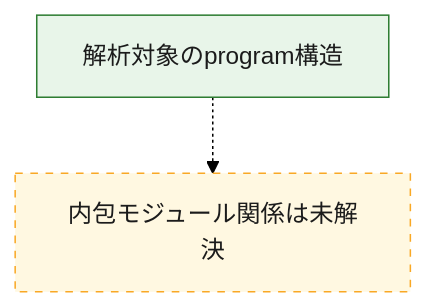
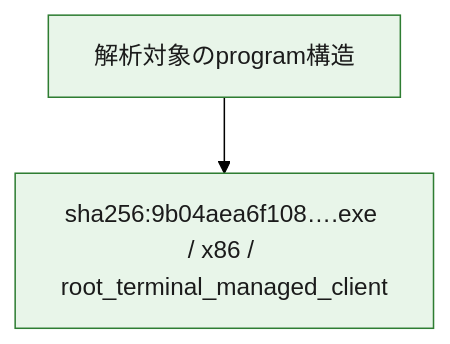
Before and after one commit to proshiba/AI-security-analysis: the third of 3 diagrams in analysis-results/malware/asyncrat/versions/unknown/cases/9b04aea6f10863f085b14d872049a8bd9bb09d02a8f9c80ab5bcc524c1b5c666/OVERALL-LOGIC.md, drawn with Mermaid (forest theme). The commit also changed other lines of this file and 1412 other files, not shown here.

````diff
--- a/analysis-results/malware/asyncrat/versions/unknown/cases/9b04aea6f10863f085b14d872049a8bd9bb09d02a8f9c80ab5bcc524c1b5c666/OVERALL-LOGIC.md
+++ b/analysis-results/malware/asyncrat/versions/unknown/cases/9b04aea6f10863f085b14d872049a8bd9bb09d02a8f9c80ab5bcc524c1b5c666/OVERALL-LOGIC.md
@@ -45,10 +45,10 @@
 ```mermaid
 flowchart TD
   module_scope["解析対象のprogram構造"]
-  module_unknown["内包モジュール関係は未解決"]
-  module_scope -.-> module_unknown
+  module_01["sha256:9b04aea6f108….exe / x86 / root_terminal_managed_client"]
+  module_scope --> module_01
   class module_scope confirmed
-  class module_unknown unresolved
+  class module_01 confirmed
   classDef confirmed fill:#e8f5e9,stroke:#2e7d32,color:#1b1b1b
   classDef unresolved fill:#fff8e1,stroke:#f9a825,color:#1b1b1b,stroke-dasharray:5 5
 ```
````
